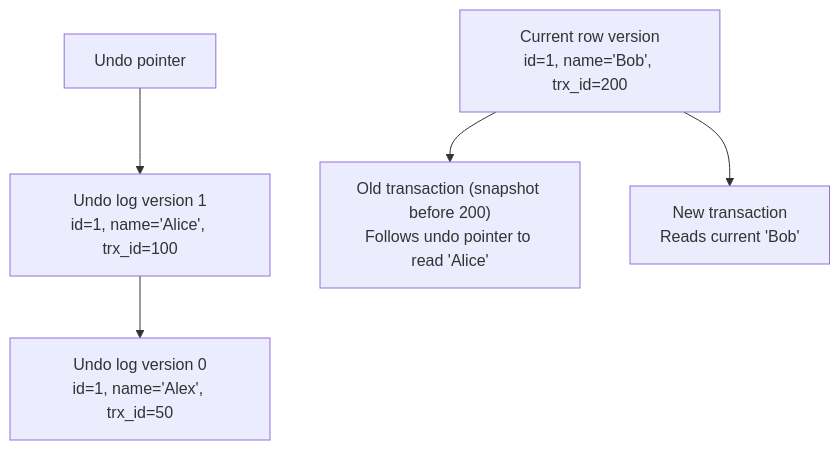
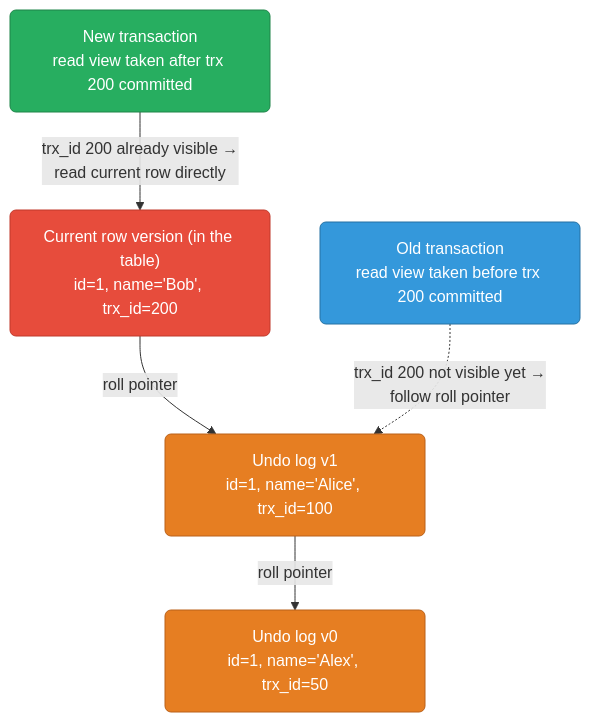
One commit to deepanshu-rawat6/DevOpsIndex changed the third of 7 diagrams in databases/mysql-internals.md. Above: the diagram before and after it, drawn with Mermaid. The commit also changed other lines of this file and 7 other files, not shown here.

````diff
--- a/databases/mysql-internals.md
+++ b/databases/mysql-internals.md
@@ -55,12 +178,17 @@
 ```mermaid
 graph TD
-    CURRENT["Current row version<br>id=1, name='Bob', trx_id=200"]
-    UNDO_PTR["Undo pointer"] --> PREV["Undo log version 1<br>id=1, name='Alice', trx_id=100"]
-    PREV --> PREV2["Undo log version 0<br>id=1, name='Alex', trx_id=50"]
+    classDef live fill:#e74c3c,stroke:#c0392b,color:#fff,rx:6
+    classDef undo fill:#e67e22,stroke:#ba6018,color:#fff,rx:6
+    classDef txold fill:#3498db,stroke:#2471a3,color:#fff,rx:6
+    classDef txnew fill:#27ae60,stroke:#1e8449,color:#fff,rx:6
 
-    TX_OLD["Old transaction (snapshot before 200)<br>Follows undo pointer to read 'Alice'"]
-    TX_NEW["New transaction<br>Reads current 'Bob'"]
+    CURRENT["Current row version (in the table)<br/>id=1, name='Bob', trx_id=200"]:::live
+    CURRENT -->|"roll pointer"| PREV["Undo log v1<br/>id=1, name='Alice', trx_id=100"]:::undo
+    PREV -->|"roll pointer"| PREV2["Undo log v0<br/>id=1, name='Alex', trx_id=50"]:::undo
 
-    CURRENT --> TX_OLD
-    CURRENT --> TX_NEW
+    TX_OLD["Old transaction<br/>read view taken before trx 200 committed"]:::txold
+    TX_NEW["New transaction<br/>read view taken after trx 200 committed"]:::txnew
+
+    TX_OLD -.->|"trx_id 200 not visible yet →<br/>follow roll pointer"| PREV
+    TX_NEW -->|"trx_id 200 already visible →<br/>read current row directly"| CURRENT
 ```
````
